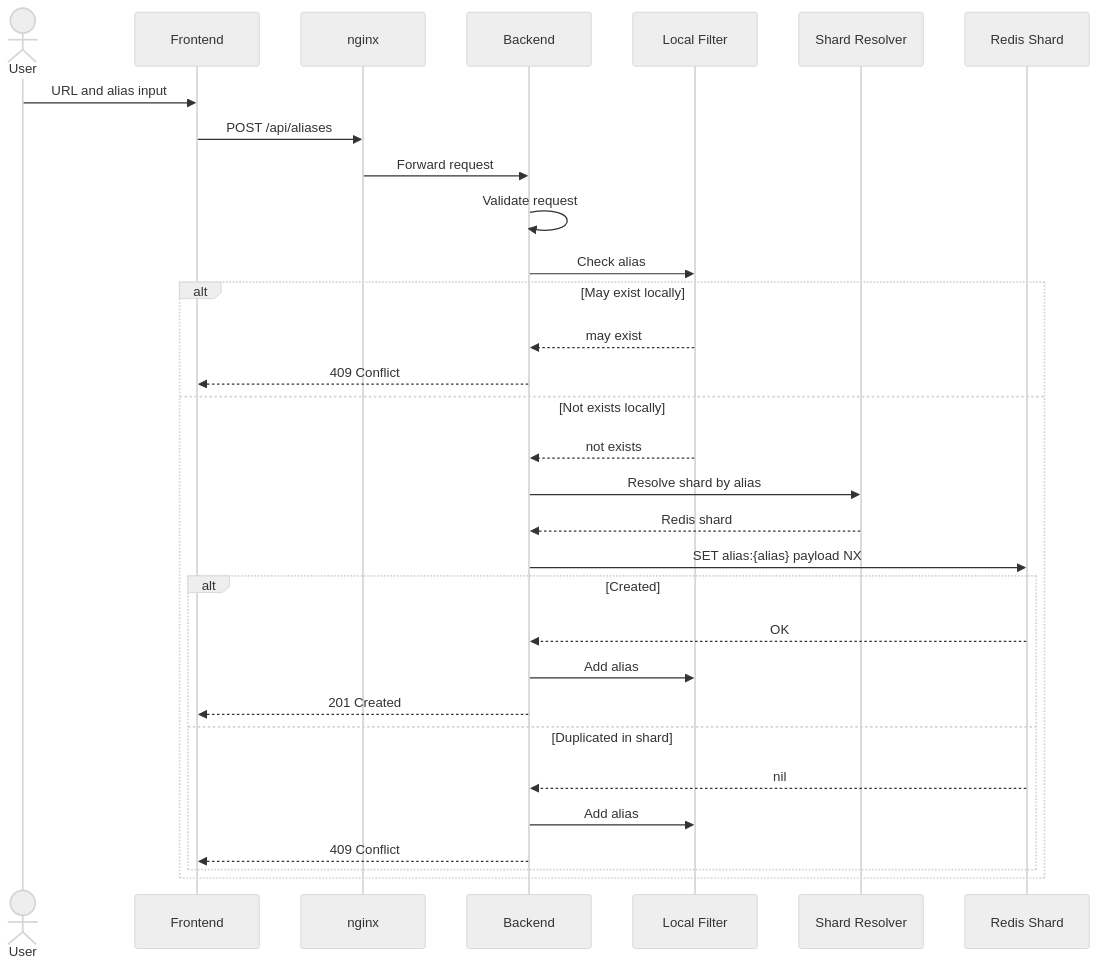
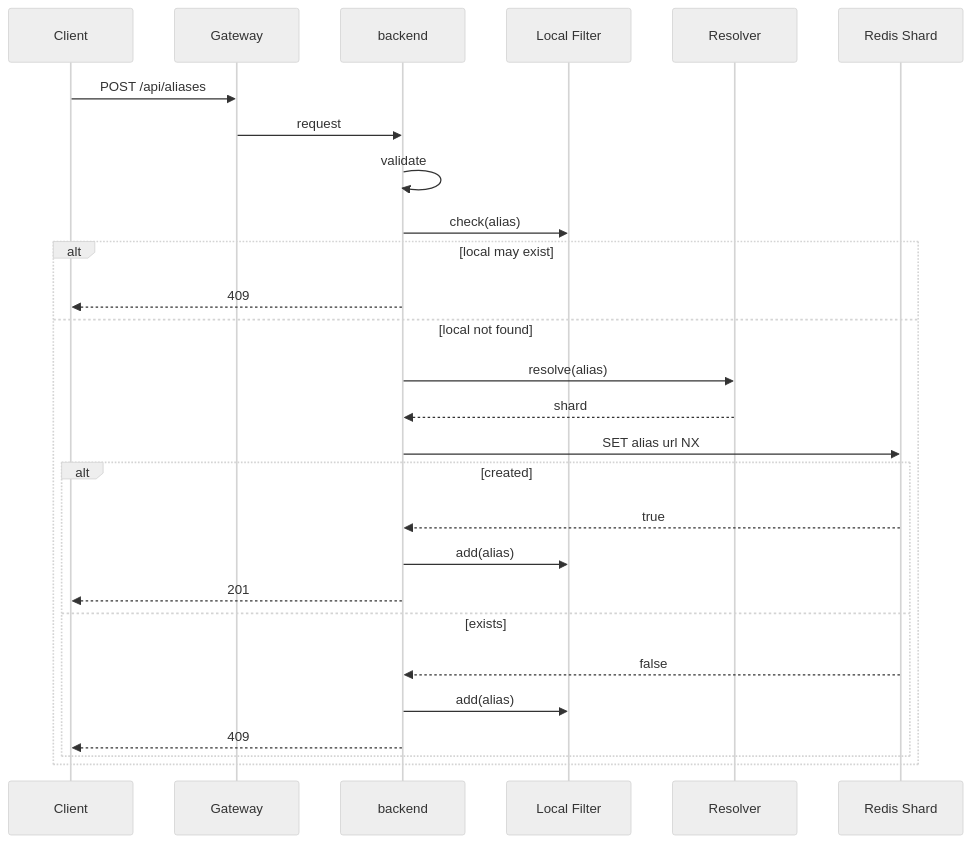
One commit to sumiredc/alias-url changed the third of 7 diagrams in variants/distributed/ARCHITECTURE.md. Above: the diagram before and after it, drawn with Mermaid (neutral theme). The commit also changed other lines of this file and 12 other files, not shown here.

````diff
--- a/variants/distributed/ARCHITECTURE.md
+++ b/variants/distributed/ARCHITECTURE.md
@@ -116,37 +56,30 @@
 ```mermaid
 sequenceDiagram
-    actor User
-    participant Frontend
-    participant LB as nginx
-    participant Backend
-    participant LocalFilter as Local Filter
-    participant Resolver as Shard Resolver
-    participant Redis as Redis Shard
+    participant C as Client
+    participant G as Gateway
+    participant B as backend
+    participant F as Local Filter
+    participant R as Resolver
+    participant S as Redis Shard
 
-    User->>Frontend: URL and alias input
-    Frontend->>LB: POST /api/aliases
-    LB->>Backend: Forward request
-    Backend->>Backend: Validate request
-
-    Backend->>LocalFilter: Check alias
-
-    alt May exist locally
-        LocalFilter-->>Backend: may exist
-        Backend-->>Frontend: 409 Conflict
-    else Not exists locally
-        LocalFilter-->>Backend: not exists
-        Backend->>Resolver: Resolve shard by alias
-        Resolver-->>Backend: Redis shard
-        Backend->>Redis: SET alias:{alias} payload NX
-
-        alt Created
-            Redis-->>Backend: OK
-            Backend->>LocalFilter: Add alias
-            Backend-->>Frontend: 201 Created
-        else Duplicated in shard
-            Redis-->>Backend: nil
-            Backend->>LocalFilter: Add alias
-            Backend-->>Frontend: 409 Conflict
+    C->>G: POST /api/aliases
+    G->>B: request
+    B->>B: validate
+    B->>F: check(alias)
+    alt local may exist
+        B-->>C: 409
+    else local not found
+        B->>R: resolve(alias)
+        R-->>B: shard
+        B->>S: SET alias url NX
+        alt created
+            S-->>B: true
+            B->>F: add(alias)
+            B-->>C: 201
+        else exists
+            S-->>B: false
+            B->>F: add(alias)
+            B-->>C: 409
         end
     end
 ```
````
